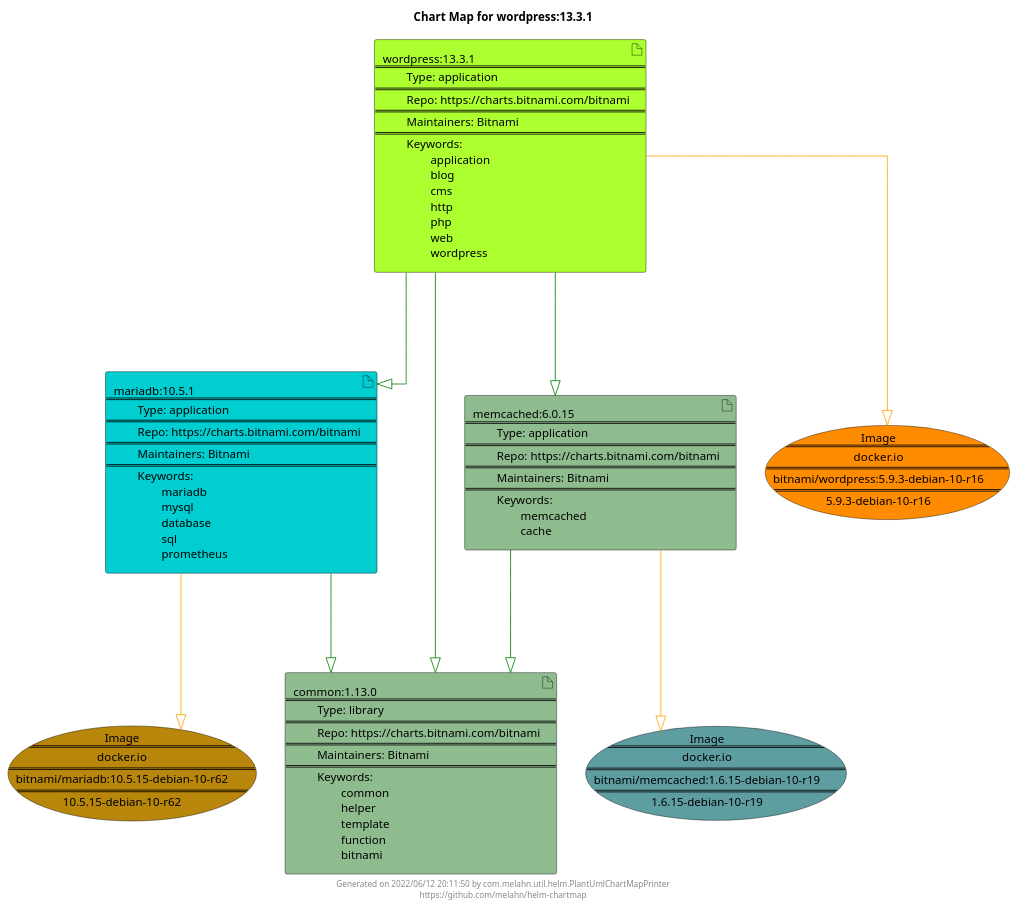
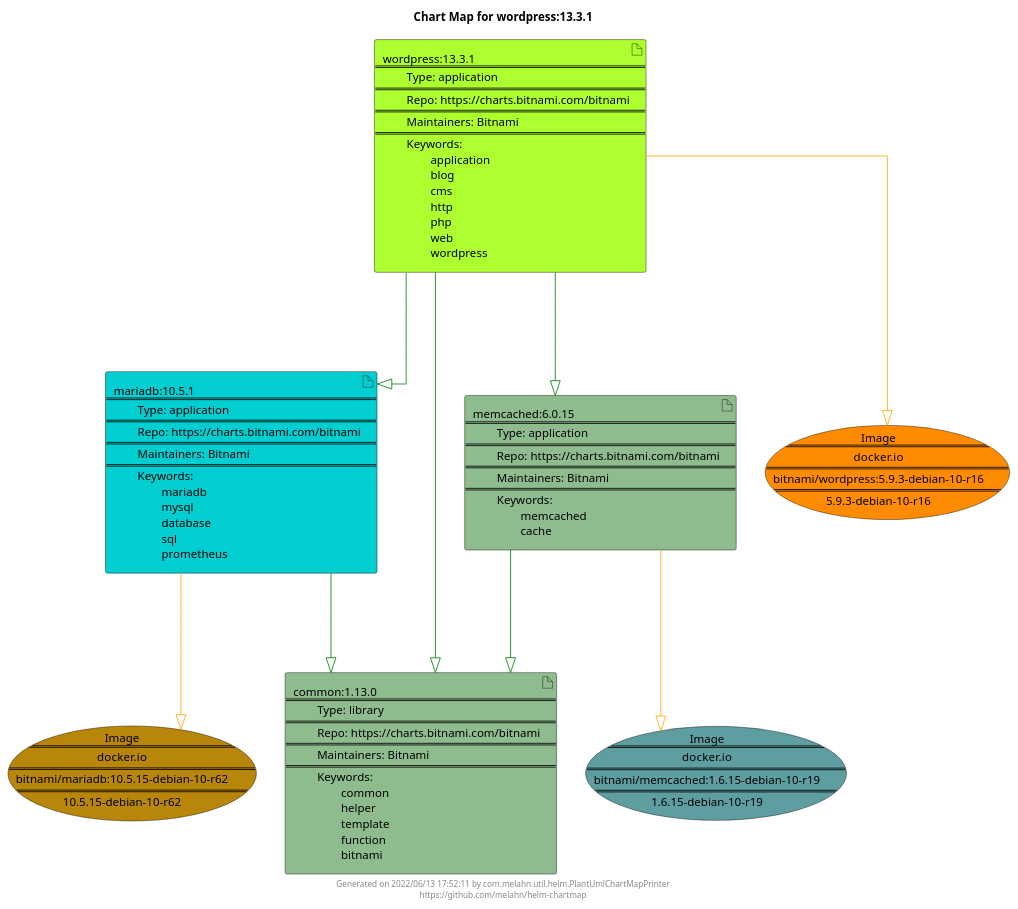
Before and after one commit to melahn/helm-chartmap: the diagram in docs/wordpress/wordpress-13.3.1.puml, drawn with PlantUML. The commit also changed 59 other files, not shown here.

Commit message:
Update Example Chart Maps as part of GitHub build

```diff
--- a/docs/wordpress/wordpress-13.3.1.puml
+++ b/docs/wordpress/wordpress-13.3.1.puml
@@ -1,33 +1,33 @@
 @startuml
 skinparam linetype ortho
 skinparam backgroundColor white
 skinparam usecaseBorderColor black
 skinparam usecaseArrowColor LightSlateGray
 skinparam artifactBorderColor black
 skinparam artifactArrowColor LightSlateGray
 
 title Chart Map for wordpress:13.3.1
 
 'There are 4 referenced Helm Charts
 artifact "wordpress:13.3.1\n====\n\tType: application\n====\n\tRepo: https://charts.bitnami.com/bitnami\n====\n\tMaintainers: Bitnami\n====\n\tKeywords: \n\t\tapplication\n\t\tblog\n\t\tcms\n\t\thttp\n\t\tphp\n\t\tweb\n\t\twordpress" as wordpress_13_3_1 #GreenYellow
 artifact "common:1.13.0\n====\n\tType: library\n====\n\tRepo: https://charts.bitnami.com/bitnami\n====\n\tMaintainers: Bitnami\n====\n\tKeywords: \n\t\tcommon\n\t\thelper\n\t\ttemplate\n\t\tfunction\n\t\tbitnami" as common_1_13_0 #DarkSeaGreen
 artifact "mariadb:10.5.1\n====\n\tType: application\n====\n\tRepo: https://charts.bitnami.com/bitnami\n====\n\tMaintainers: Bitnami\n====\n\tKeywords: \n\t\tmariadb\n\t\tmysql\n\t\tdatabase\n\t\tsql\n\t\tprometheus" as mariadb_10_5_1 #DarkTurquoise
 artifact "memcached:6.0.15\n====\n\tType: application\n====\n\tRepo: https://charts.bitnami.com/bitnami\n====\n\tMaintainers: Bitnami\n====\n\tKeywords: \n\t\tmemcached\n\t\tcache" as memcached_6_0_15 #DarkSeaGreen
 
 'There are 3 referenced Docker Images
 usecase "Image\n====\ndocker.io\n====\nbitnami/memcached:1.6.15-debian-10-r19\n====\n1.6.15-debian-10-r19" as docker_io_bitnami_memcached_1_6_15_debian_10_r19 #CadetBlue
 usecase "Image\n====\ndocker.io\n====\nbitnami/mariadb:10.5.15-debian-10-r62\n====\n10.5.15-debian-10-r62" as docker_io_bitnami_mariadb_10_5_15_debian_10_r62 #DarkGoldenRod
 usecase "Image\n====\ndocker.io\n====\nbitnami/wordpress:5.9.3-debian-10-r16\n====\n5.9.3-debian-10-r16" as docker_io_bitnami_wordpress_5_9_3_debian_10_r16 #Darkorange
 
 'Chart Dependencies
 wordpress_13_3_1--[#green]-|>mariadb_10_5_1
 mariadb_10_5_1--[#green]-|>common_1_13_0
+wordpress_13_3_1--[#green]-|>common_1_13_0
 wordpress_13_3_1--[#green]-|>memcached_6_0_15
 memcached_6_0_15--[#green]-|>common_1_13_0
-wordpress_13_3_1--[#green]-|>common_1_13_0
 wordpress_13_3_1--[#orange]-|>docker_io_bitnami_wordpress_5_9_3_debian_10_r16
 mariadb_10_5_1--[#orange]-|>docker_io_bitnami_mariadb_10_5_15_debian_10_r62
 memcached_6_0_15--[#orange]-|>docker_io_bitnami_memcached_1_6_15_debian_10_r19
 
-center footer Generated on 2022/06/12 20:11:50 by com.melahn.util.helm.PlantUmlChartMapPrinter\nhttps://github.com/melahn/helm-chartmap
+center footer Generated on 2022/06/13 17:52:11 by com.melahn.util.helm.PlantUmlChartMapPrinter\nhttps://github.com/melahn/helm-chartmap
 @enduml
```
